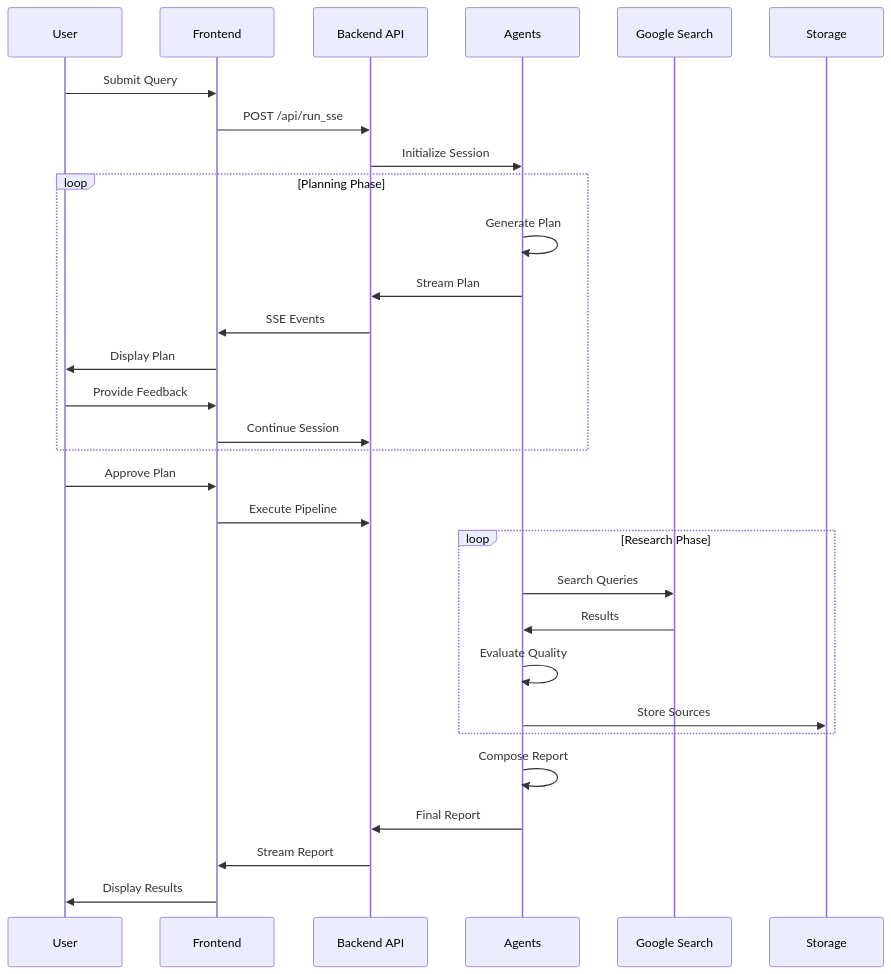
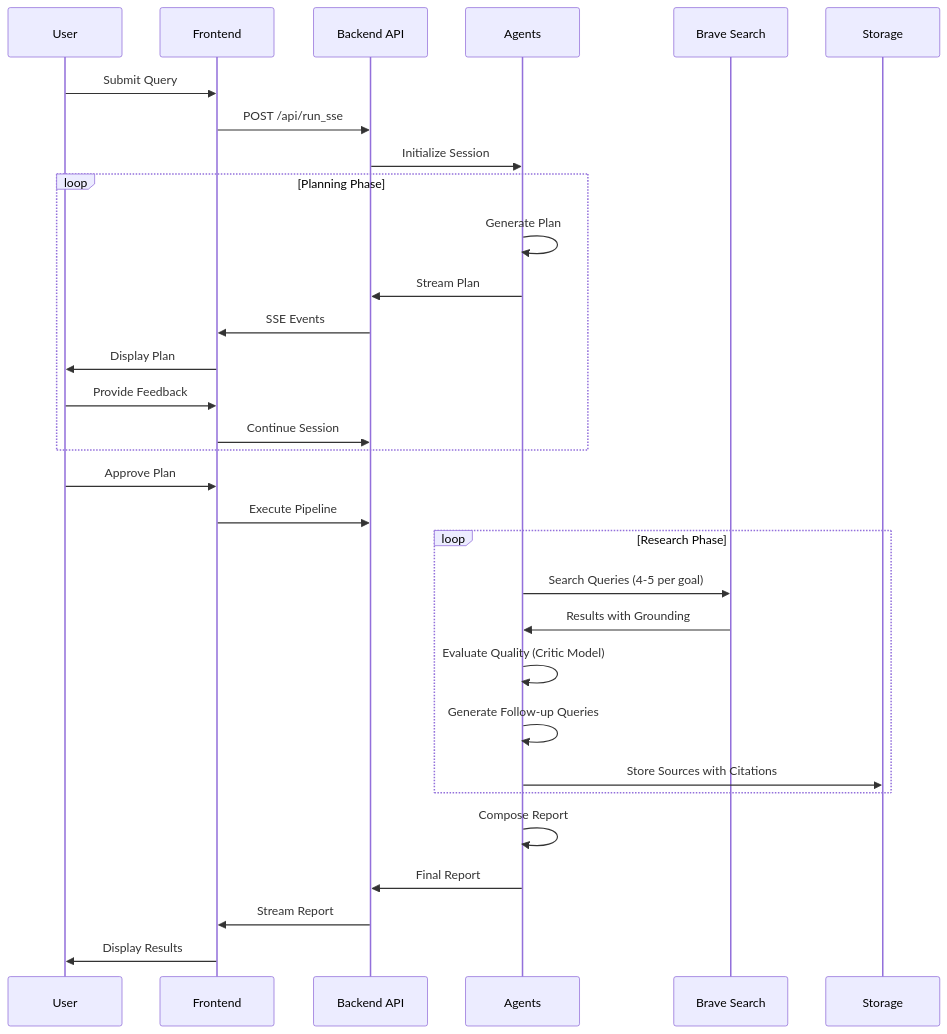
The first of 2 diagrams in README.md (NickB03/vana), drawn with Mermaid before and after one commit. The commit also changed other lines of this file, not shown here.

````diff
--- a/README.md
+++ b/README.md
@@ -126,37 +127,38 @@
 ```mermaid
 sequenceDiagram
     participant U as User
     participant FE as Frontend
     participant API as Backend API
     participant AG as Agents
-    participant GS as Google Search
+    participant GS as Brave Search
     participant DB as Storage
     
     U->>FE: Submit Query
     FE->>API: POST /api/run_sse
     API->>AG: Initialize Session
     
     loop Planning Phase
         AG->>AG: Generate Plan
         AG->>API: Stream Plan
         API->>FE: SSE Events
         FE->>U: Display Plan
         U->>FE: Provide Feedback
         FE->>API: Continue Session
     end
     
     U->>FE: Approve Plan
     FE->>API: Execute Pipeline
     
     loop Research Phase
-        AG->>GS: Search Queries
-        GS->>AG: Results
-        AG->>AG: Evaluate Quality
-        AG->>DB: Store Sources
+        AG->>GS: Search Queries (4-5 per goal)
+        GS->>AG: Results with Grounding
+        AG->>AG: Evaluate Quality (Critic Model)
+        AG->>AG: Generate Follow-up Queries
+        AG->>DB: Store Sources with Citations
     end
     
     AG->>AG: Compose Report
     AG->>API: Final Report
     API->>FE: Stream Report
     FE->>U: Display Results
 ```
````
